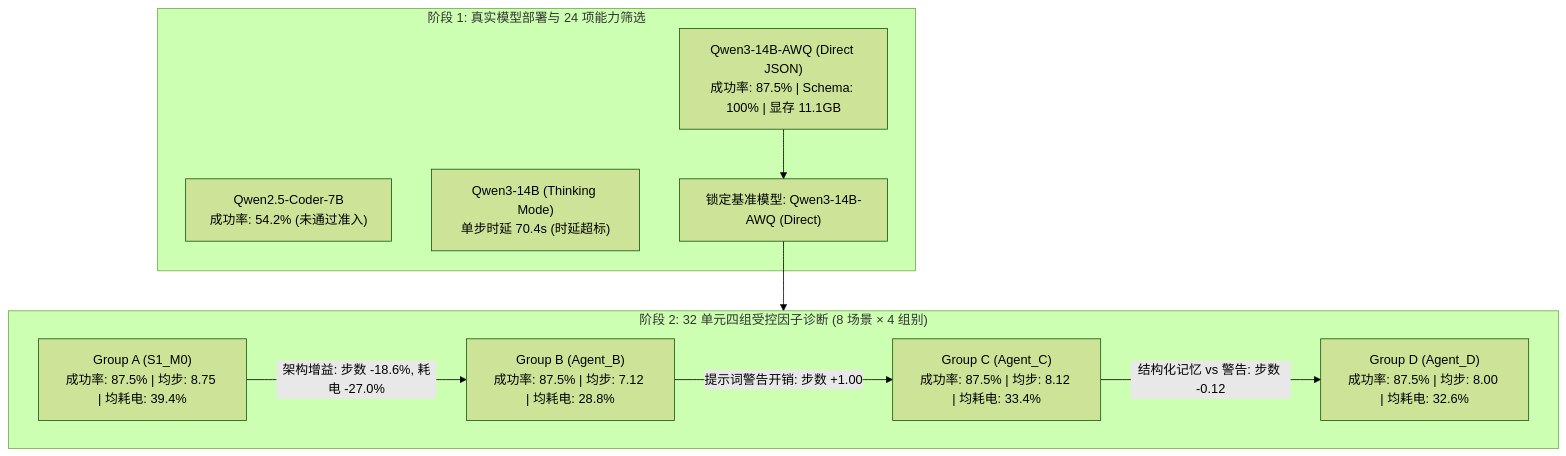
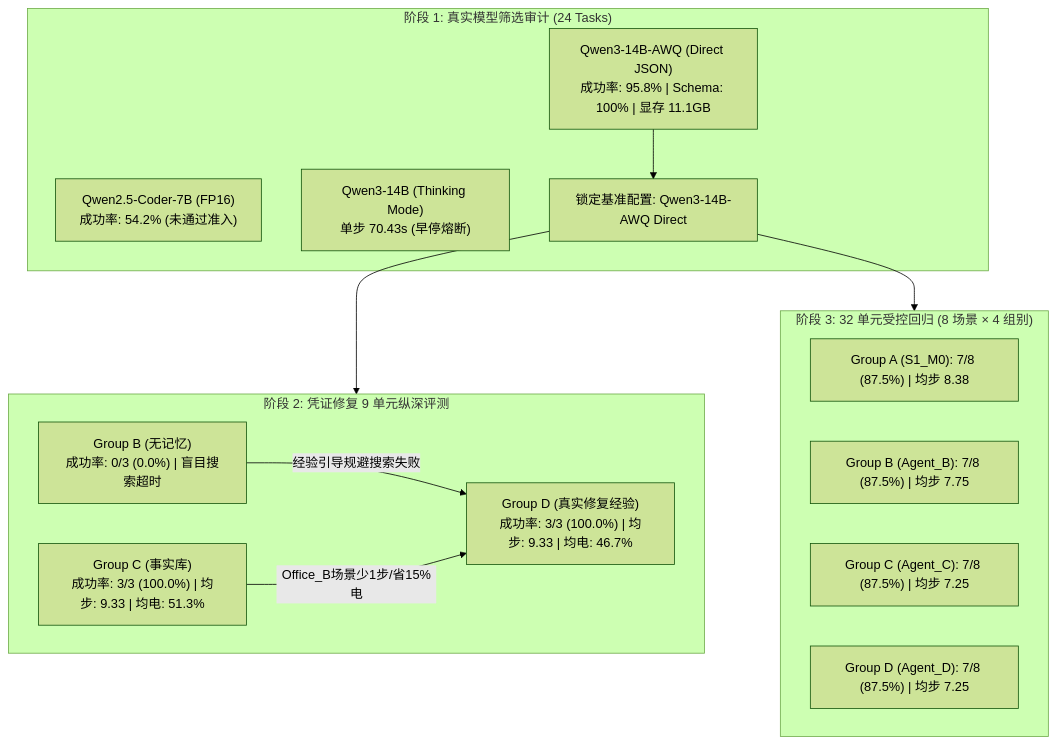
The diagram in research/agent_task_repair/pilot_report.md (JingAo-Shen/failmem-ros2-agent), drawn with Mermaid (forest theme) before and after one commit. The commit also changed other lines of this file and 15 other files, not shown here.

````diff
--- a/research/agent_task_repair/pilot_report.md
+++ b/research/agent_task_repair/pilot_report.md
@@ -25,22 +35,27 @@
 ```mermaid
 flowchart TD
-    subgraph S["阶段 1: 真实模型部署与 24 项能力筛选"]
-        M7["Qwen2.5-Coder-7B<br/>成功率: 54.2% (未通过准入)"]
-        M14T["Qwen3-14B (Thinking Mode)<br/>单步时延 70.4s (时延超标)"]
-        M14D["Qwen3-14B-AWQ (Direct JSON)<br/>成功率: 87.5% | Schema: 100% | 显存 11.1GB"]
-        M14D --> Lock["锁定基准模型: Qwen3-14B-AWQ (Direct)"]
+    subgraph S["阶段 1: 真实模型筛选审计 (24 Tasks)"]
+        M7["Qwen2.5-Coder-7B (FP16)<br/>成功率: 54.2% (未通过准入)"]
+        M14T["Qwen3-14B (Thinking Mode)<br/>单步 70.43s (早停熔断)"]
+        M14D["Qwen3-14B-AWQ (Direct JSON)<br/>成功率: 95.8% | Schema: 100% | 显存 11.1GB"]
+        M14D --> Lock["锁定基准配置: Qwen3-14B-AWQ Direct"]
     end
 
-    subgraph D["阶段 2: 32 单元四组受控因子诊断 (8 场景 × 4 组别)"]
-        GA["Group A (S1_M0)<br/>成功率: 87.5% | 均步: 8.75 | 均耗电: 39.4%"]
-        GB["Group B (Agent_B)<br/>成功率: 87.5% | 均步: 7.12 | 均耗电: 28.8%"]
-        GC["Group C (Agent_C)<br/>成功率: 87.5% | 均步: 8.12 | 均耗电: 33.4%"]
-        GD["Group D (Agent_D)<br/>成功率: 87.5% | 均步: 8.00 | 均耗电: 32.6%"]
-        
-        GA -->|架构增益: 步数 -18.6%, 耗电 -27.0%| GB
-        GB -->|提示词警告开销: 步数 +1.00| GC
-        GC -->|结构化记忆 vs 警告: 步数 -0.12| GD
+    subgraph EXP["阶段 2: 凭证修复 9 单元纵深评测"]
+        GB_cred["Group B (无记忆)<br/>成功率: 0/3 (0.0%) | 盲目搜索超时"]
+        GC_cred["Group C (事实库)<br/>成功率: 3/3 (100.0%) | 均步: 9.33 | 均电: 51.3%"]
+        GD_cred["Group D (真实修复经验)<br/>成功率: 3/3 (100.0%) | 均步: 9.33 | 均电: 46.7%"]
+        GB_cred -->|经验引导规避搜索失败| GD_cred
+        GC_cred -->|Office_B场景少1步/省15%电| GD_cred
     end
 
-    Lock --> D
+    subgraph DIAG["阶段 3: 32 单元受控回归 (8 场景 × 4 组别)"]
+        GA["Group A (S1_M0): 7/8 (87.5%) | 均步 8.38"]
+        GB["Group B (Agent_B): 7/8 (87.5%) | 均步 7.75"]
+        GC["Group C (Agent_C): 7/8 (87.5%) | 均步 7.25"]
+        GD["Group D (Agent_D): 7/8 (87.5%) | 均步 7.25"]
+    end
+
+    Lock --> EXP
+    Lock --> DIAG
 ```
````
